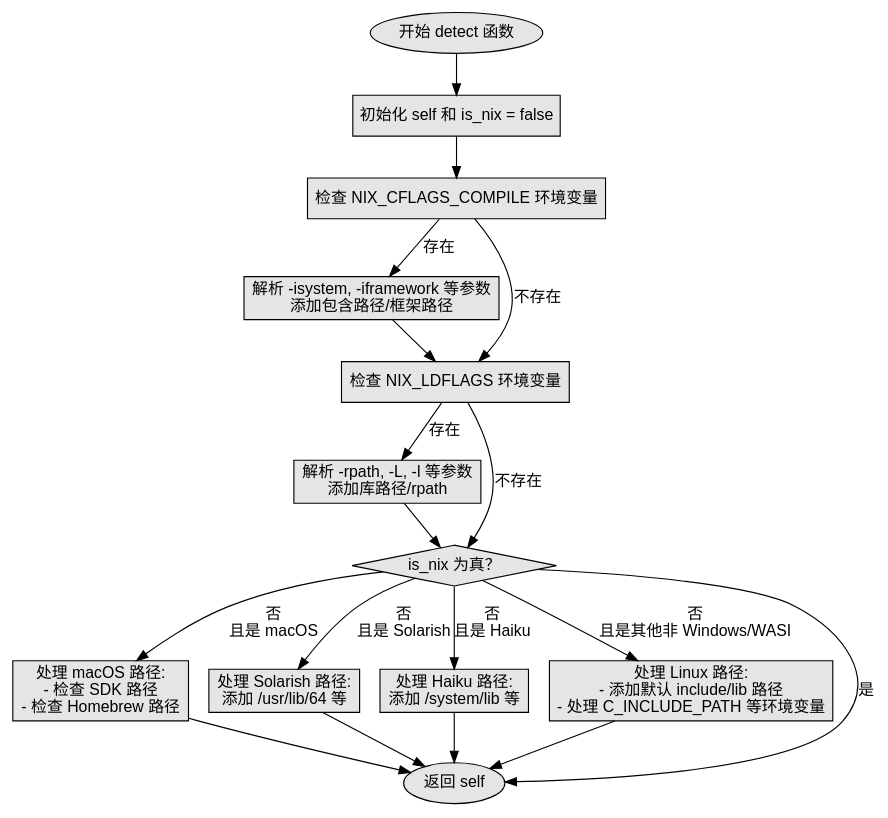
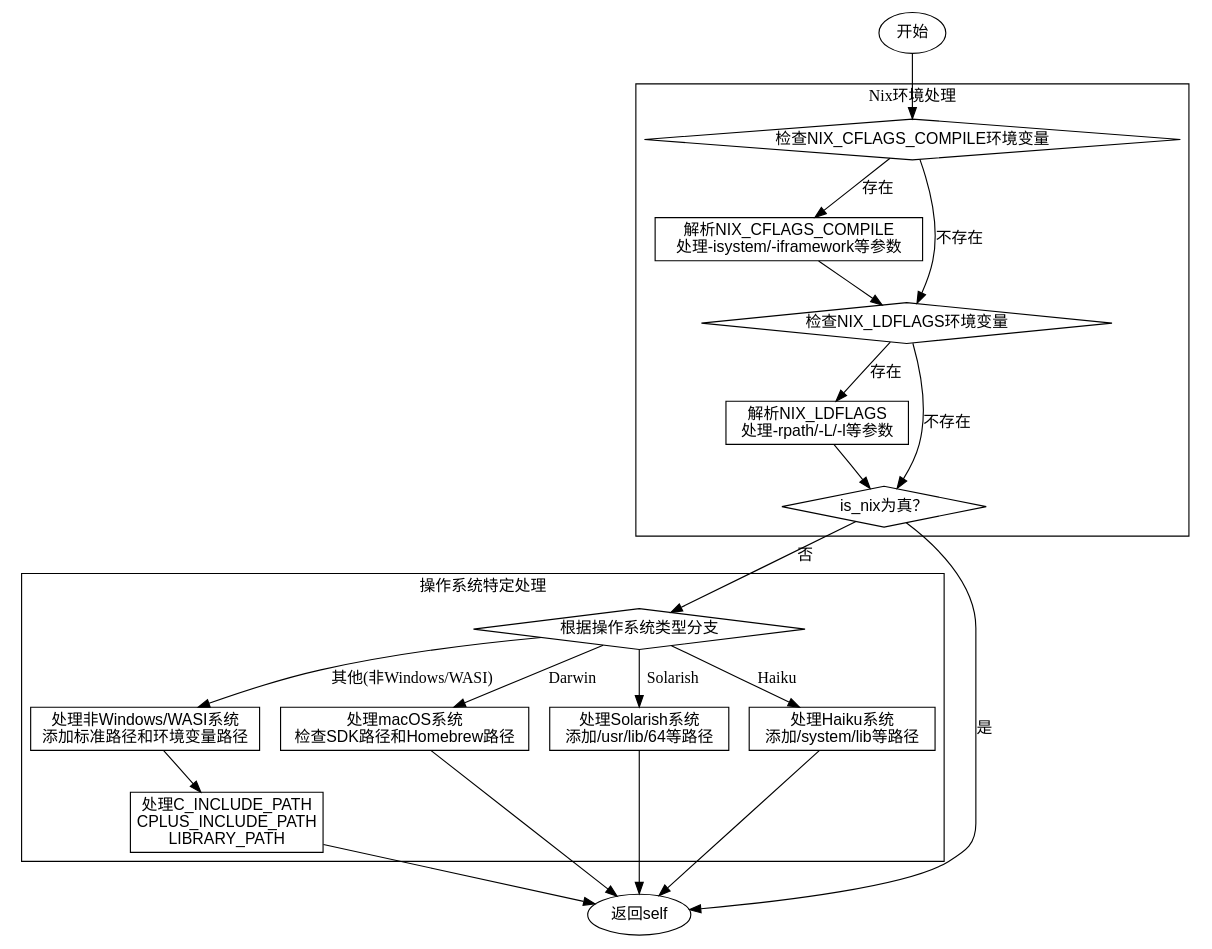
The diagram in dot_std/zig/system/NativePaths.zig.detect.md (sdzx-1/deepseek-zig-reader), drawn with Graphviz before and after one commit. The commit also changed other lines of this file and 236 other files, not shown here.

````diff
--- a/dot_std/zig/system/NativePaths.zig.detect.md
+++ b/dot_std/zig/system/NativePaths.zig.detect.md
@@ -48,37 +17,58 @@
-```dot
+```graphviz
 digraph flowchart {
-    node [shape=rectangle, fontname="Arial", style=filled, fillcolor="#E5E5E5"];
-    edge [fontname="Arial"];
+    node [fontname="Helvetica", shape=rect];
+    start [label="开始", shape=ellipse];
+    end [label="返回self", shape=ellipse];
+    check_nix_cflags [label="检查NIX_CFLAGS_COMPILE环境变量", shape=diamond];
+    parse_nix_cflags [label="解析NIX_CFLAGS_COMPILE\n处理-isystem/-iframework等参数"];
+    check_nix_ldflags [label="检查NIX_LDFLAGS环境变量", shape=diamond];
+    parse_nix_ldflags [label="解析NIX_LDFLAGS\n处理-rpath/-L/-l等参数"];
+    check_is_nix [label="is_nix为真？", shape=diamond];
+    handle_darwin [label="处理macOS系统\n检查SDK路径和Homebrew路径"];
+    handle_solarish [label="处理Solarish系统\n添加/usr/lib/64等路径"];
+    handle_haiku [label="处理Haiku系统\n添加/system/lib等路径"];
+    handle_linux [label="处理非Windows/WASI系统\n添加标准路径和环境变量路径"];
+    env_checks [label="处理C_INCLUDE_PATH\nCPLUS_INCLUDE_PATH\nLIBRARY_PATH"];
+    os_switch [label="根据操作系统类型分支", shape=diamond];
 
-    start [label="开始 detect 函数", shape=ellipse];
-    init [label="初始化 self 和 is_nix = false"];
-    check_nix_cflags [label="检查 NIX_CFLAGS_COMPILE 环境变量"];
-    parse_nix_cflags [label="解析 -isystem, -iframework 等参数\n添加包含路径/框架路径"];
-    check_nix_ldflags [label="检查 NIX_LDFLAGS 环境变量"];
-    parse_nix_ldflags [label="解析 -rpath, -L, -l 等参数\n添加库路径/rpath"];
-    is_nix_condition [label="is_nix 为真？", shape=diamond];
-    handle_darwin [label="处理 macOS 路径:\n- 检查 SDK 路径\n- 检查 Homebrew 路径"];
-    handle_solarish [label="处理 Solarish 路径:\n添加 /usr/lib/64 等"];
-    handle_haiku [label="处理 Haiku 路径:\n添加 /system/lib 等"];
-    handle_linux [label="处理 Linux 路径:\n- 添加默认 include/lib 路径\n- 处理 C_INCLUDE_PATH 等环境变量"];
-    return [label="返回 self", shape=ellipse];
-
-    start -> init;
-    init -> check_nix_cflags;
+    start -> check_nix_cflags;
     check_nix_cflags -> parse_nix_cflags [label="存在"];
     check_nix_cflags -> check_nix_ldflags [label="不存在"];
     parse_nix_cflags -> check_nix_ldflags;
     check_nix_ldflags -> parse_nix_ldflags [label="存在"];
-    check_nix_ldflags -> is_nix_condition [label="不存在"];
-    parse_nix_ldflags -> is_nix_condition;
-    is_nix_condition -> return [label="是"];
-    is_nix_condition -> handle_darwin [label="否\n且是 macOS"];
-    handle_darwin -> return;
-    is_nix_condition -> handle_solarish [label="否\n且是 Solarish"];
-    handle_solarish -> return;
-    is_nix_condition -> handle_haiku [label="否\n且是 Haiku"];
-    handle_haiku -> return;
-    is_nix_condition -> handle_linux [label="否\n且是其他非 Windows/WASI"];
-    handle_linux -> return;
+    check_nix_ldflags -> check_is_nix [label="不存在"];
+    parse_nix_ldflags -> check_is_nix;
+    check_is_nix -> end [label="是"];
+    check_is_nix -> os_switch [label="否"];
+
+    os_switch -> handle_darwin [label="Darwin"];
+    os_switch -> handle_solarish [label="Solarish"];
+    os_switch -> handle_haiku [label="Haiku"];
+    os_switch -> handle_linux [label="其他(非Windows/WASI)"];
+
+    handle_darwin -> end;
+    handle_solarish -> end;
+    handle_haiku -> end;
+    handle_linux -> env_checks -> end;
+
+    // Subprocesses
+    subgraph cluster_nix {
+        label="Nix环境处理";
+        check_nix_cflags;
+        parse_nix_cflags;
+        check_nix_ldflags;
+        parse_nix_ldflags;
+        check_is_nix;
+    }
+
+    subgraph cluster_os {
+        label="操作系统特定处理";
+        os_switch;
+        handle_darwin;
+        handle_solarish;
+        handle_haiku;
+        handle_linux;
+        env_checks;
+    }
 }
 ```
````
